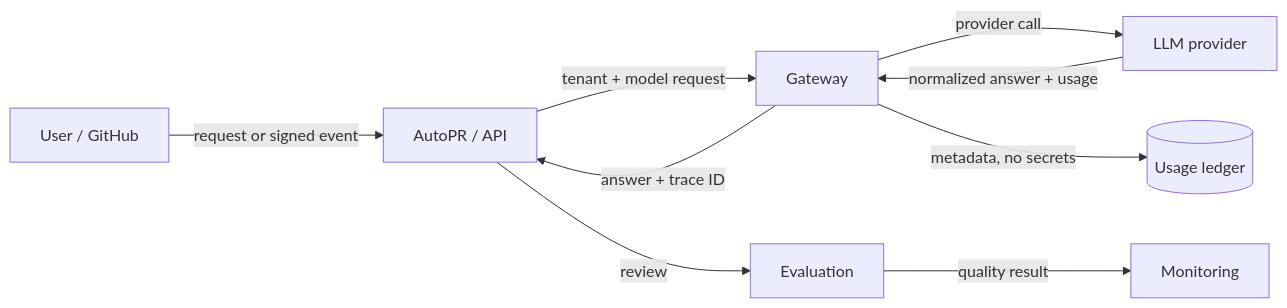
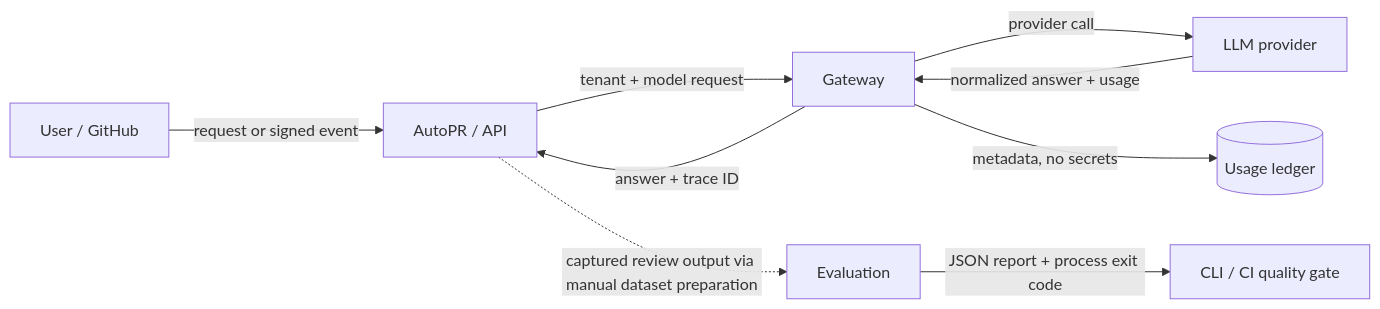
The second of 3 diagrams in docs/architecture/architecture.md (Sidd-Tiwari/ForgeAI), drawn with Mermaid before and after one commit. The commit also changed other lines of this file and 2 other files, not shown here.

First line of the commit message:
docs(architecture): reconcile built and planned boundaries

````diff
--- a/docs/architecture/architecture.md
+++ b/docs/architecture/architecture.md
@@ -31,11 +31,11 @@
 ```mermaid
 flowchart LR
   U[User / GitHub] -->|request or signed event| A[AutoPR / API]
   A -->|tenant + model request| G[Gateway]
   G -->|provider call| P[LLM provider]
   P -->|normalized answer + usage| G
   G -->|metadata, no secrets| L[(Usage ledger)]
   G -->|answer + trace ID| A
-  A -->|review| E[Evaluation]
-  E -->|quality result| O[Monitoring]
+  A -. captured review output via manual dataset preparation .-> E[Evaluation]
+  E -->|JSON report + process exit code| O[CLI / CI quality gate]
 ```
````
